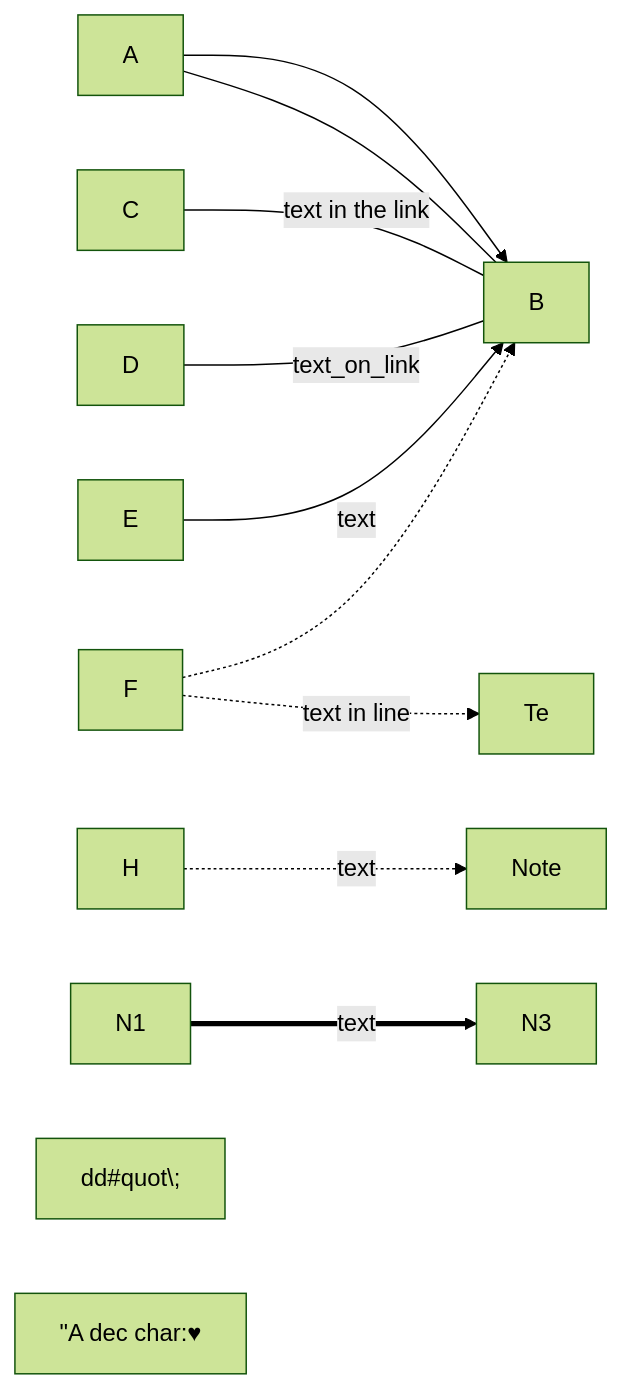
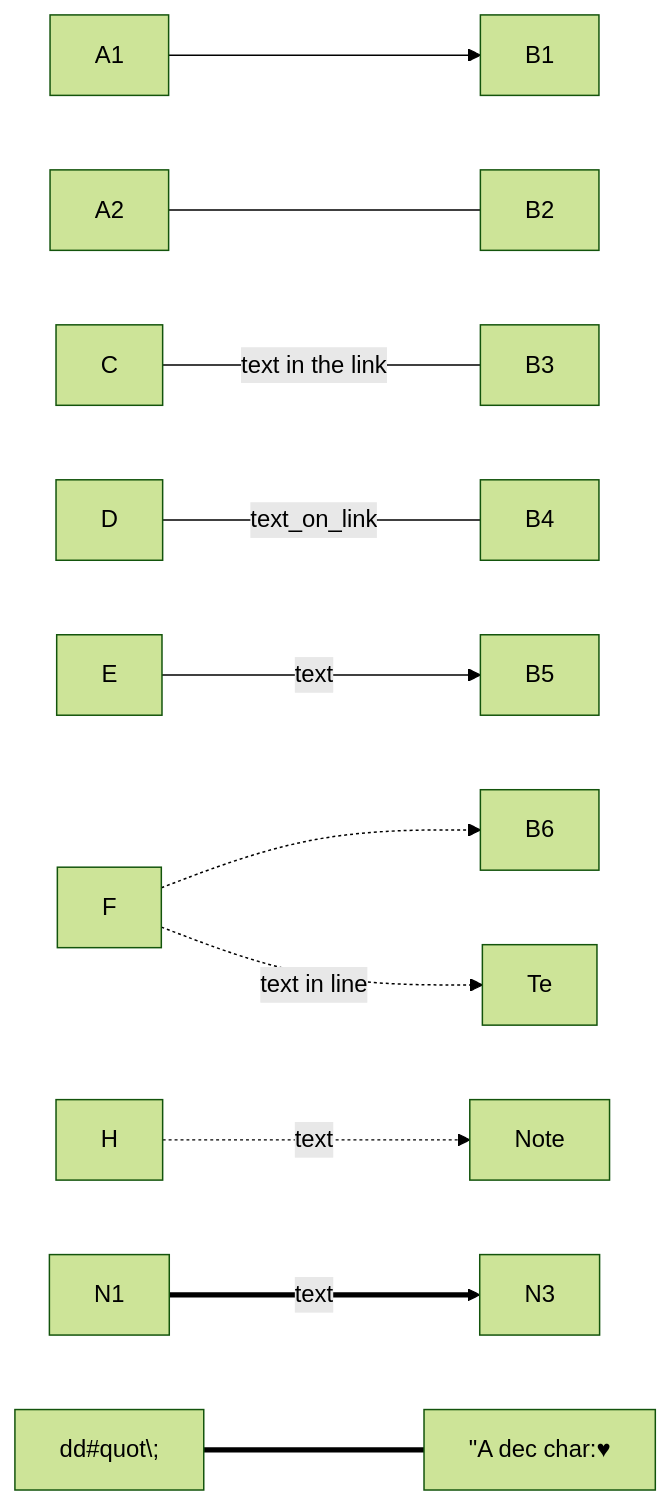
Before and after one commit to helloworldcoding/helloworldcoding.github.io: the third of 5 diagrams in _posts/2019-01-13-mermaid-notes.md, drawn with Mermaid (forest theme). The commit also changed other lines of this file and 13 other files, not shown here.

```diff
--- a/_posts/2019-01-13-mermaid-notes.md
+++ b/_posts/2019-01-13-mermaid-notes.md
@@ -75,14 +152,15 @@
 {% mermaid %}
 	graph LR
-		A --> B
-		A --- B
-		C --text in the link --- B 
-		D ---|text_on_link| B
-		E -->|text| B
-		F -.-> B
+		A1 --> B1
+		A2 --- B2
+		C --text in the link --- B3
+		D ---|text_on_link| B4
+		E -->|text| B5
+		F -.-> B6
 		F -.->|text in line| Te
 		H -.->|text| Note
 		N1 ==>|text| N3
 		Node["dd#quot\;"]
 		Node1["#quot;A dec char:#9829;"]
+		Node === Node1
 {% endmermaid %}
```
